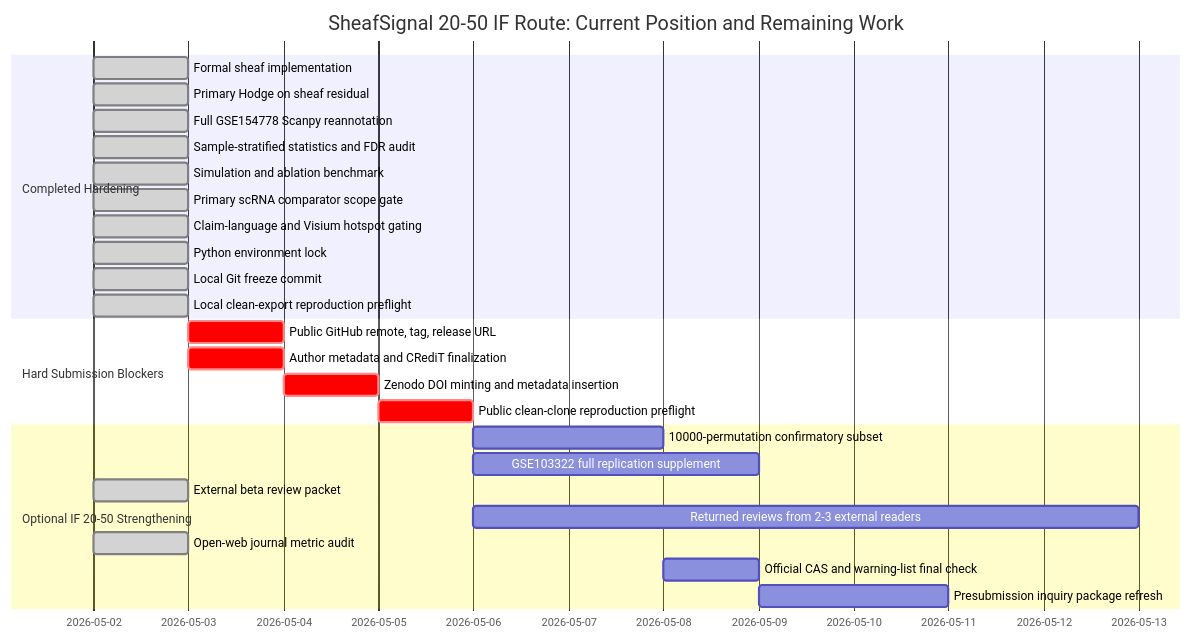
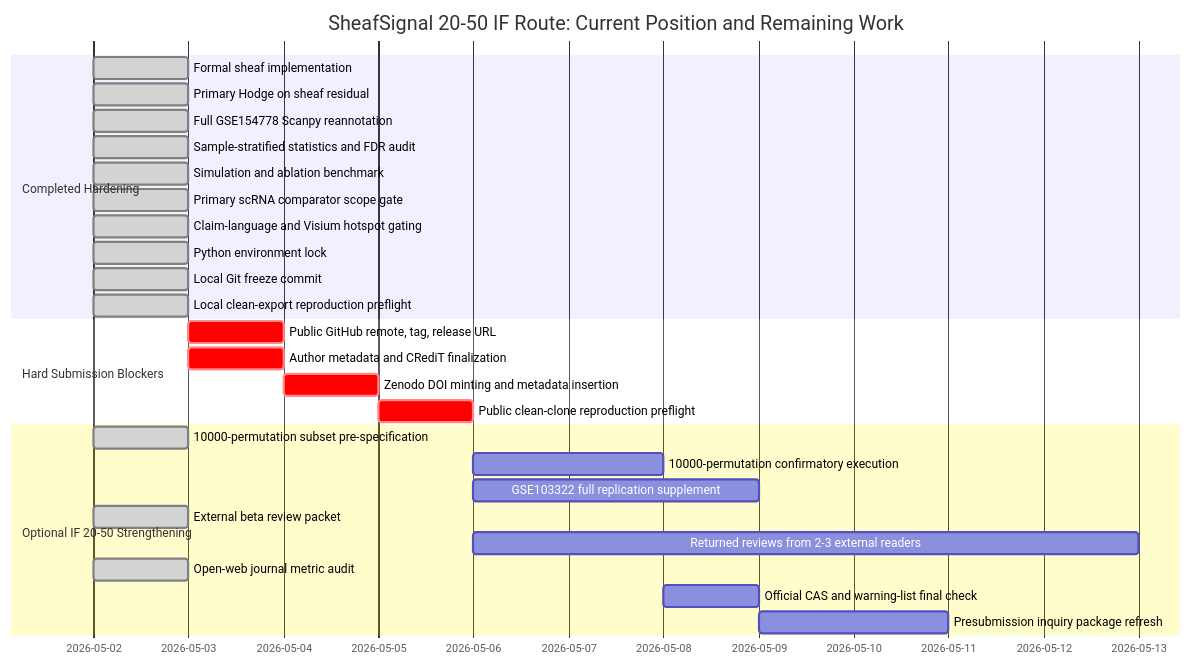
The diagram in manuscript/IF20_50_DISTANCE_REPORT.md (healthgreat/SheafSignal), drawn with Mermaid before and after one commit. The commit also changed other lines of this file and 13 other files, not shown here.

Commit message:
Add confirmatory permutation subset gate

````diff
--- a/manuscript/IF20_50_DISTANCE_REPORT.md
+++ b/manuscript/IF20_50_DISTANCE_REPORT.md
@@ -56,32 +59,33 @@
 ```mermaid
 gantt
     title SheafSignal 20-50 IF Route: Current Position and Remaining Work
     dateFormat  YYYY-MM-DD
 
     section Completed Hardening
     Formal sheaf implementation                  :done, 2026-05-02, 1d
     Primary Hodge on sheaf residual              :done, 2026-05-02, 1d
     Full GSE154778 Scanpy reannotation           :done, 2026-05-02, 1d
     Sample-stratified statistics and FDR audit   :done, 2026-05-02, 1d
     Simulation and ablation benchmark            :done, 2026-05-02, 1d
     Primary scRNA comparator scope gate          :done, 2026-05-02, 1d
     Claim-language and Visium hotspot gating     :done, 2026-05-02, 1d
     Python environment lock                      :done, 2026-05-02, 1d
     Local Git freeze commit                      :done, 2026-05-02, 1d
     Local clean-export reproduction preflight    :done, 2026-05-02, 1d
 
     section Hard Submission Blockers
     Public GitHub remote, tag, release URL       :crit, 2026-05-03, 1d
     Author metadata and CRediT finalization      :crit, 2026-05-03, 1d
     Zenodo DOI minting and metadata insertion    :crit, 2026-05-04, 1d
     Public clean-clone reproduction preflight    :crit, 2026-05-05, 1d
 
     section Optional IF 20-50 Strengthening
-    10000-permutation confirmatory subset        :2026-05-06, 2d
+    10000-permutation subset pre-specification   :done, 2026-05-02, 1d
+    10000-permutation confirmatory execution     :2026-05-06, 2d
     GSE103322 full replication supplement        :2026-05-06, 3d
     External beta review packet                  :done, 2026-05-02, 1d
     Returned reviews from 2-3 external readers   :2026-05-06, 7d
     Open-web journal metric audit                :done, 2026-05-02, 1d
     Official CAS and warning-list final check    :2026-05-08, 1d
     Presubmission inquiry package refresh        :2026-05-09, 2d
 ```
````
